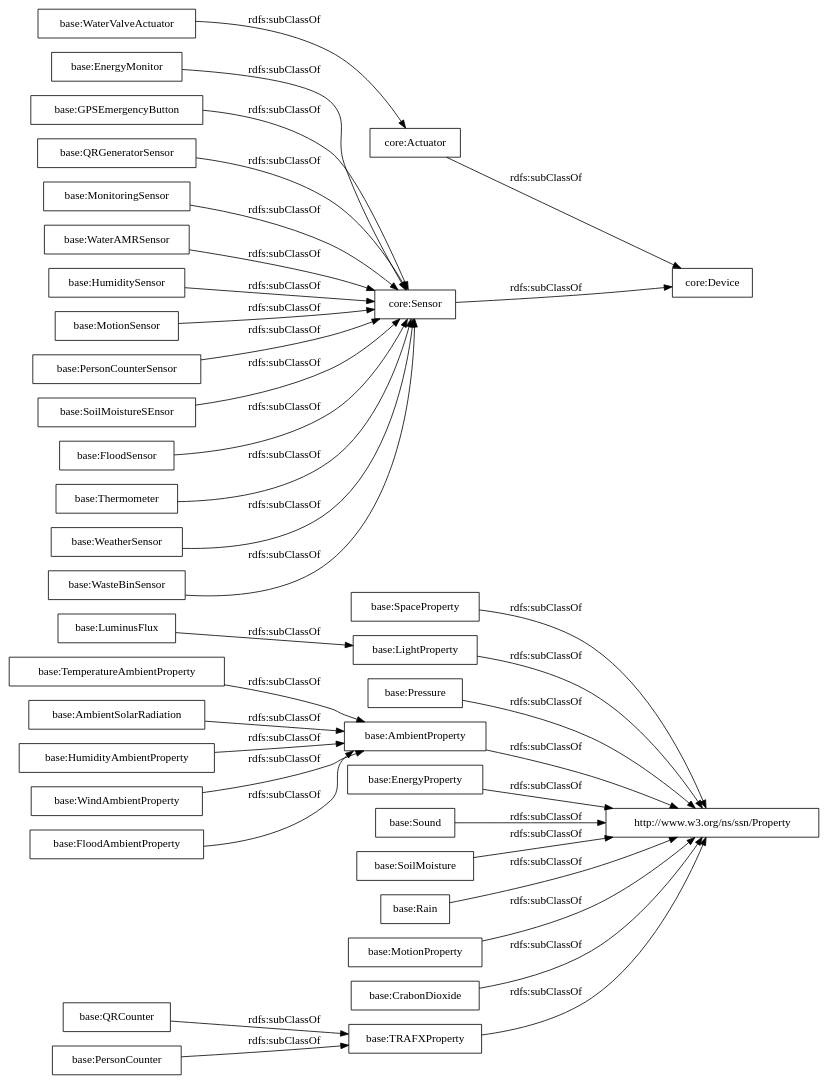
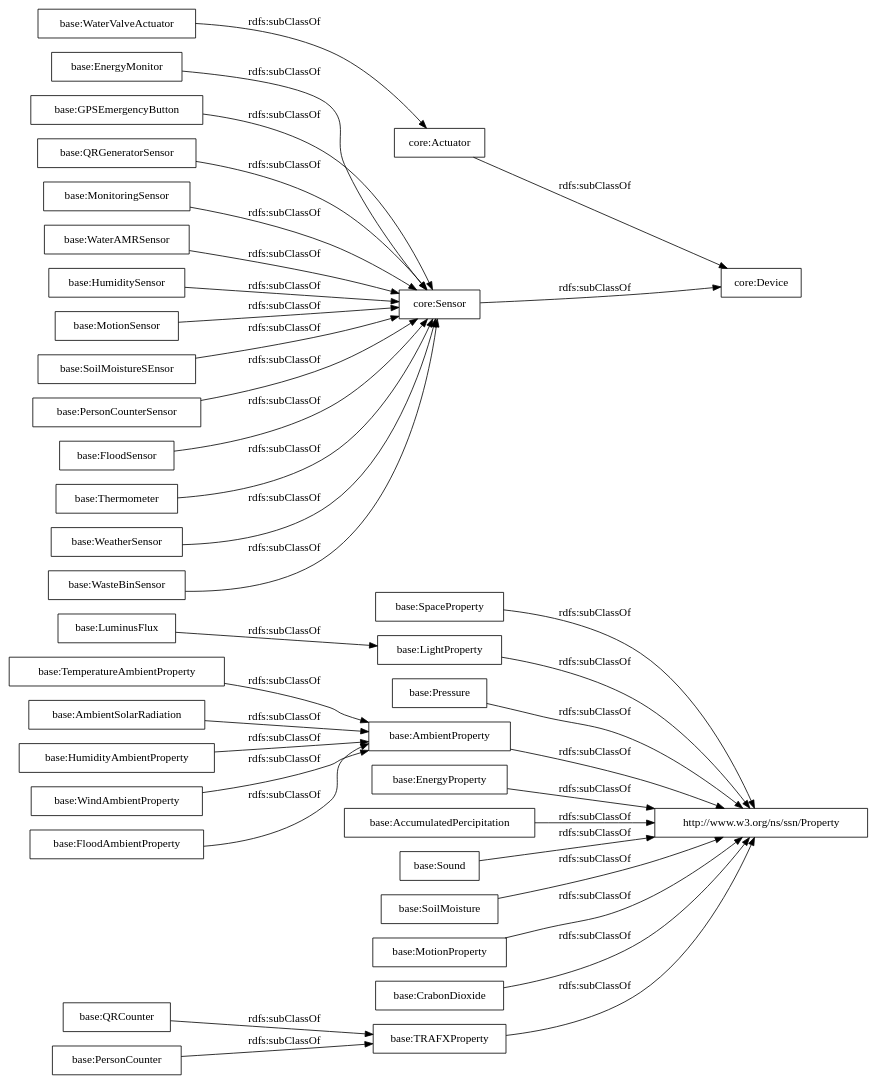
One commit to oeg-upm/auroral-adapters-ontology changed the diagram in OnToology/Ontology/adapters-ontology.owl/diagrams/ar2dtool-taxonomy/adapters-ontology.owl.png.dot. Above: the diagram before and after it, drawn with Graphviz. The commit also changed 12 other files, not shown here.

```diff
--- a/OnToology/Ontology/adapters-ontology.owl/diagrams/ar2dtool-taxonomy/adapters-ontology.owl.png.dot
+++ b/OnToology/Ontology/adapters-ontology.owl/diagrams/ar2dtool-taxonomy/adapters-ontology.owl.png.dot
@@ -1,41 +1,41 @@
 digraph ar2dtool_diagram { 
 rankdir=LR;
 size="1000"
-node [shape = rectangle, color="black"]; "base:TRAFXProperty" "base:TemperatureAmbientProperty" "base:SpaceProperty" "base:LightProperty" "base:EnergyMonitor" "base:QRGeneratorSensor" "base:Pressure" "base:MonitoringSensor" "base:WaterAMRSensor" "base:AmbientProperty" "base:HumiditySensor" "base:AmbientSolarRadiation" "core:Actuator" "base:HumidityAmbientProperty" "base:MotionSensor" "base:LuminusFlux" "base:WindAmbientProperty" "base:WaterValveActuator" "base:EnergyProperty" "base:QRCounter" "base:PersonCounterSensor" "base:SoilMoistureSEnsor" "base:FloodAmbientProperty" "http://www.w3.org/ns/ssn/Property" "base:Sound" "base:FloodSensor" "core:Device" "base:Thermometer" "base:SoilMoisture" "core:Sensor" "base:PersonCounter" "base:WeatherSensor" "base:Rain" "base:WasteBinSensor" "base:MotionProperty" "base:GPSEmergencyButton" "base:CrabonDioxide" ; /*classes style*/
+node [shape = rectangle, color="black"]; "base:TRAFXProperty" "base:TemperatureAmbientProperty" "base:SpaceProperty" "base:LightProperty" "base:EnergyMonitor" "base:QRGeneratorSensor" "base:Pressure" "base:MonitoringSensor" "base:WaterAMRSensor" "base:AmbientProperty" "base:HumiditySensor" "base:AmbientSolarRadiation" "core:Actuator" "base:HumidityAmbientProperty" "base:MotionSensor" "base:LuminusFlux" "base:WindAmbientProperty" "base:WaterValveActuator" "base:EnergyProperty" "base:AccumulatedPercipitation" "base:QRCounter" "base:SoilMoistureSEnsor" "base:PersonCounterSensor" "base:FloodAmbientProperty" "http://www.w3.org/ns/ssn/Property" "base:Sound" "base:FloodSensor" "core:Device" "base:Thermometer" "base:SoilMoisture" "core:Sensor" "base:PersonCounter" "base:WeatherSensor" "base:WasteBinSensor" "base:MotionProperty" "base:GPSEmergencyButton" "base:CrabonDioxide" ; /*classes style*/
 	"base:EnergyProperty" -> "http://www.w3.org/ns/ssn/Property" [ label = "rdfs:subClassOf" ];
-	"base:Rain" -> "http://www.w3.org/ns/ssn/Property" [ label = "rdfs:subClassOf" ];
 	"base:WeatherSensor" -> "core:Sensor" [ label = "rdfs:subClassOf" ];
 	"base:PersonCounterSensor" -> "core:Sensor" [ label = "rdfs:subClassOf" ];
 	"base:QRGeneratorSensor" -> "core:Sensor" [ label = "rdfs:subClassOf" ];
 	"base:CrabonDioxide" -> "http://www.w3.org/ns/ssn/Property" [ label = "rdfs:subClassOf" ];
 	"base:PersonCounter" -> "base:TRAFXProperty" [ label = "rdfs:subClassOf" ];
 	"base:HumiditySensor" -> "core:Sensor" [ label = "rdfs:subClassOf" ];
 	"base:MotionProperty" -> "http://www.w3.org/ns/ssn/Property" [ label = "rdfs:subClassOf" ];
 	"base:WasteBinSensor" -> "core:Sensor" [ label = "rdfs:subClassOf" ];
 	"base:QRCounter" -> "base:TRAFXProperty" [ label = "rdfs:subClassOf" ];
 	"base:AmbientProperty" -> "http://www.w3.org/ns/ssn/Property" [ label = "rdfs:subClassOf" ];
 	"base:HumidityAmbientProperty" -> "base:AmbientProperty" [ label = "rdfs:subClassOf" ];
 	"base:MotionSensor" -> "core:Sensor" [ label = "rdfs:subClassOf" ];
 	"base:SoilMoisture" -> "http://www.w3.org/ns/ssn/Property" [ label = "rdfs:subClassOf" ];
 	"base:FloodAmbientProperty" -> "base:AmbientProperty" [ label = "rdfs:subClassOf" ];
 	"base:MonitoringSensor" -> "core:Sensor" [ label = "rdfs:subClassOf" ];
 	"base:GPSEmergencyButton" -> "core:Sensor" [ label = "rdfs:subClassOf" ];
 	"base:EnergyMonitor" -> "core:Sensor" [ label = "rdfs:subClassOf" ];
 	"base:FloodSensor" -> "core:Sensor" [ label = "rdfs:subClassOf" ];
 	"base:SoilMoistureSEnsor" -> "core:Sensor" [ label = "rdfs:subClassOf" ];
 	"base:Sound" -> "http://www.w3.org/ns/ssn/Property" [ label = "rdfs:subClassOf" ];
 	"base:WindAmbientProperty" -> "base:AmbientProperty" [ label = "rdfs:subClassOf" ];
 	"base:Pressure" -> "http://www.w3.org/ns/ssn/Property" [ label = "rdfs:subClassOf" ];
 	"base:LuminusFlux" -> "base:LightProperty" [ label = "rdfs:subClassOf" ];
 	"base:WaterAMRSensor" -> "core:Sensor" [ label = "rdfs:subClassOf" ];
 	"core:Sensor" -> "core:Device" [ label = "rdfs:subClassOf" ];
+	"core:Actuator" -> "core:Device" [ label = "rdfs:subClassOf" ];
 	"base:LightProperty" -> "http://www.w3.org/ns/ssn/Property" [ label = "rdfs:subClassOf" ];
-	"core:Actuator" -> "core:Device" [ label = "rdfs:subClassOf" ];
+	"base:AccumulatedPercipitation" -> "http://www.w3.org/ns/ssn/Property" [ label = "rdfs:subClassOf" ];
 	"base:Thermometer" -> "core:Sensor" [ label = "rdfs:subClassOf" ];
 	"base:TemperatureAmbientProperty" -> "base:AmbientProperty" [ label = "rdfs:subClassOf" ];
 	"base:SpaceProperty" -> "http://www.w3.org/ns/ssn/Property" [ label = "rdfs:subClassOf" ];
 	"base:WaterValveActuator" -> "core:Actuator" [ label = "rdfs:subClassOf" ];
 	"base:AmbientSolarRadiation" -> "base:AmbientProperty" [ label = "rdfs:subClassOf" ];
 	"base:TRAFXProperty" -> "http://www.w3.org/ns/ssn/Property" [ label = "rdfs:subClassOf" ];
 
 }
```
